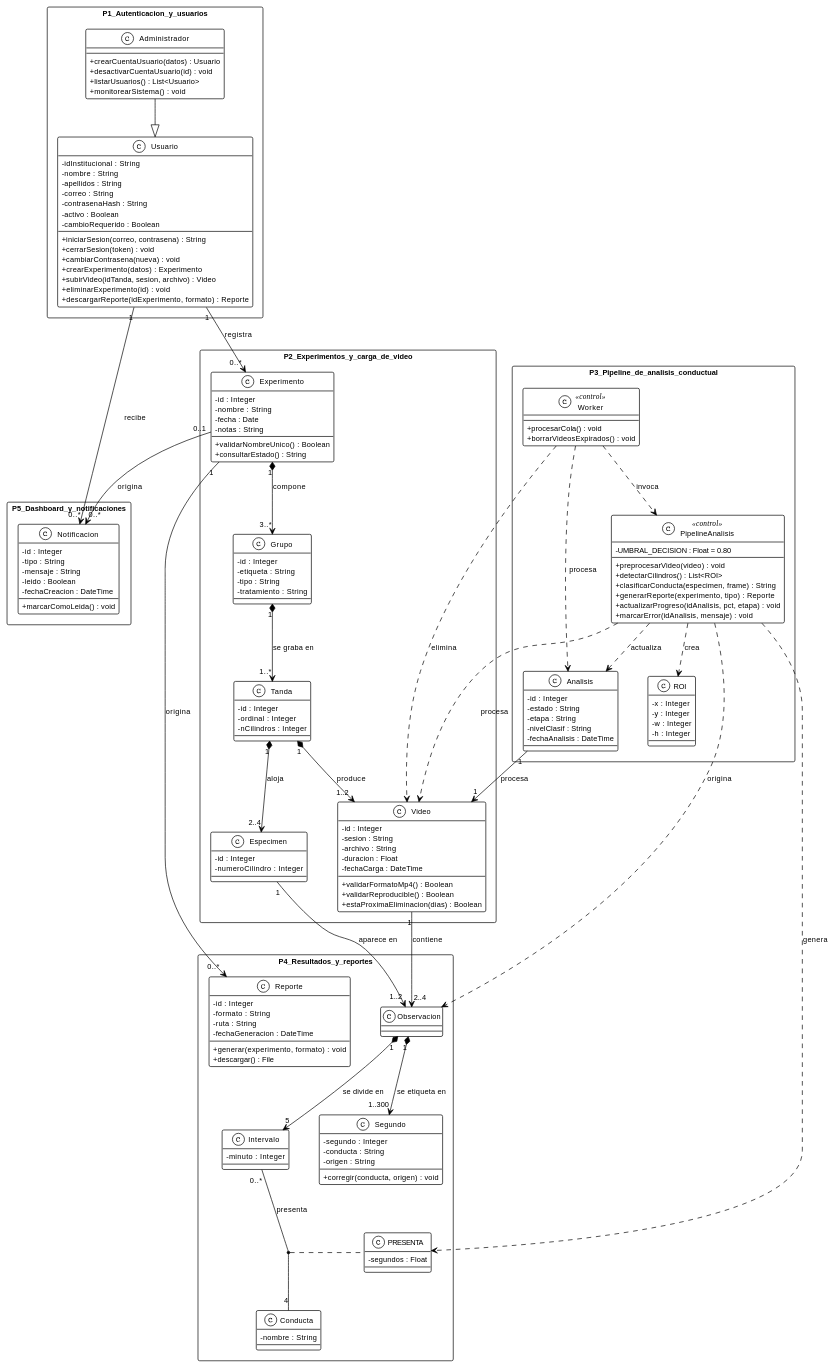
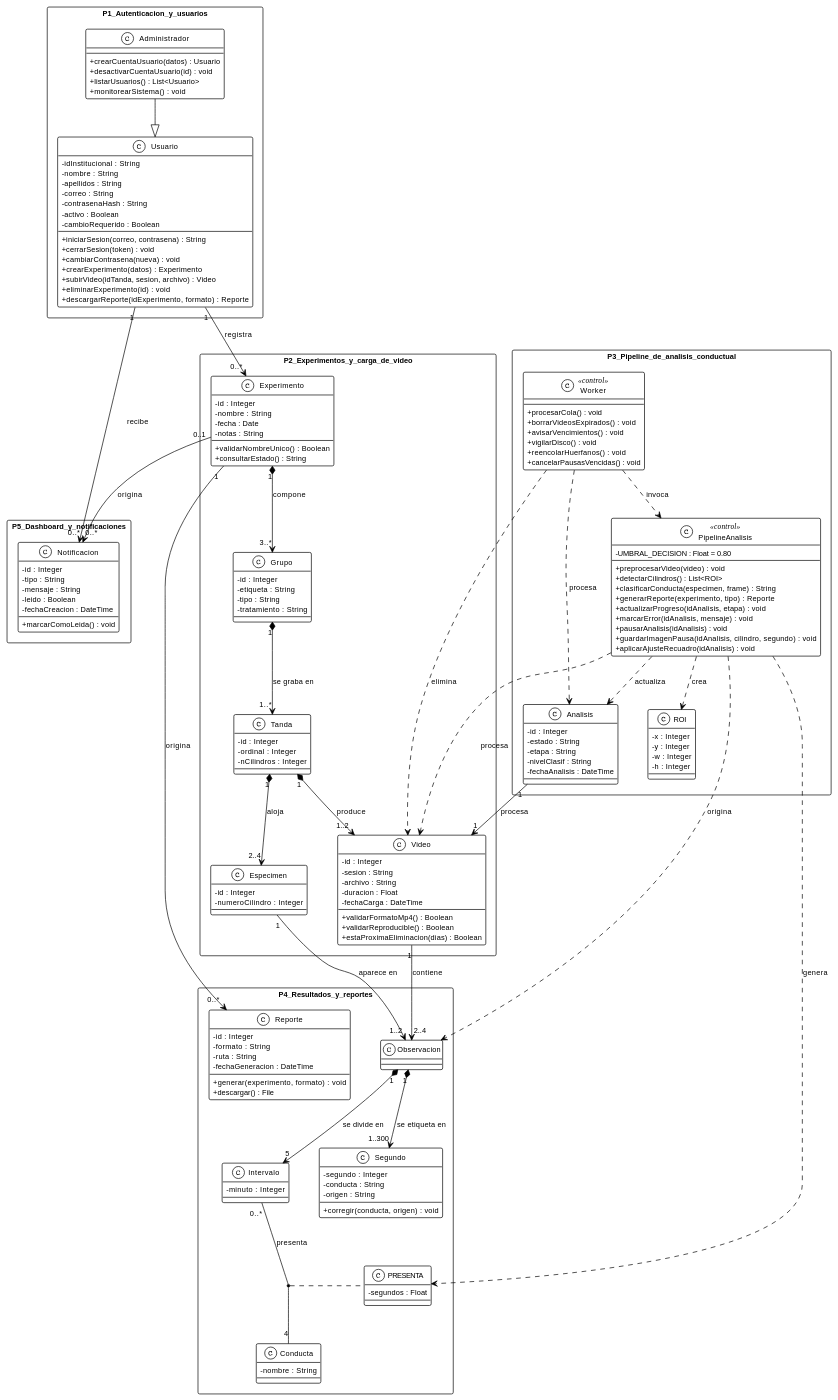
Before and after one commit to ErickJester/fst-ai-system-latex: diagram 13 of 39 in INSTRUCCIONES-WEB.md, drawn with PlantUML. The commit also changed other lines of this file and 28 other files, not shown here.

```diff
--- a/INSTRUCCIONES-WEB.md
+++ b/INSTRUCCIONES-WEB.md
@@ -1535,6 +1613,10 @@
   class Worker <<control>> {
     +procesarCola() : void
     +borrarVideosExpirados() : void
+    +avisarVencimientos() : void
+    +vigilarDisco() : void
+    +reencolarHuerfanos() : void
+    +cancelarPausasVencidas() : void
   }
   class PipelineAnalisis <<control>> {
     -UMBRAL_DECISION : Float = 0.80
@@ -1542,8 +1624,11 @@
     +detectarCilindros() : List<ROI>
     +clasificarConducta(especimen, frame) : String
     +generarReporte(experimento, tipo) : Reporte
-    +actualizarProgreso(idAnalisis, pct, etapa) : void
+    +actualizarProgreso(idAnalisis, etapa) : void
     +marcarError(idAnalisis, mensaje) : void
+    +pausarAnalisis(idAnalisis) : void
+    +guardarImagenPausa(idAnalisis, cilindro, segundo) : void
+    +aplicarAjusteRecuadro(idAnalisis) : void
   }
   class ROI {
     -x : Integer
```
